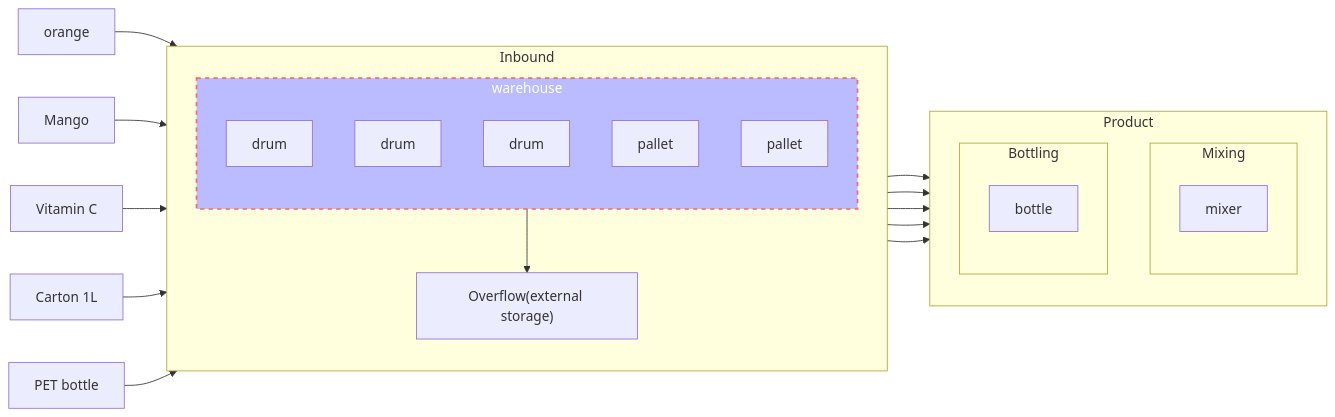
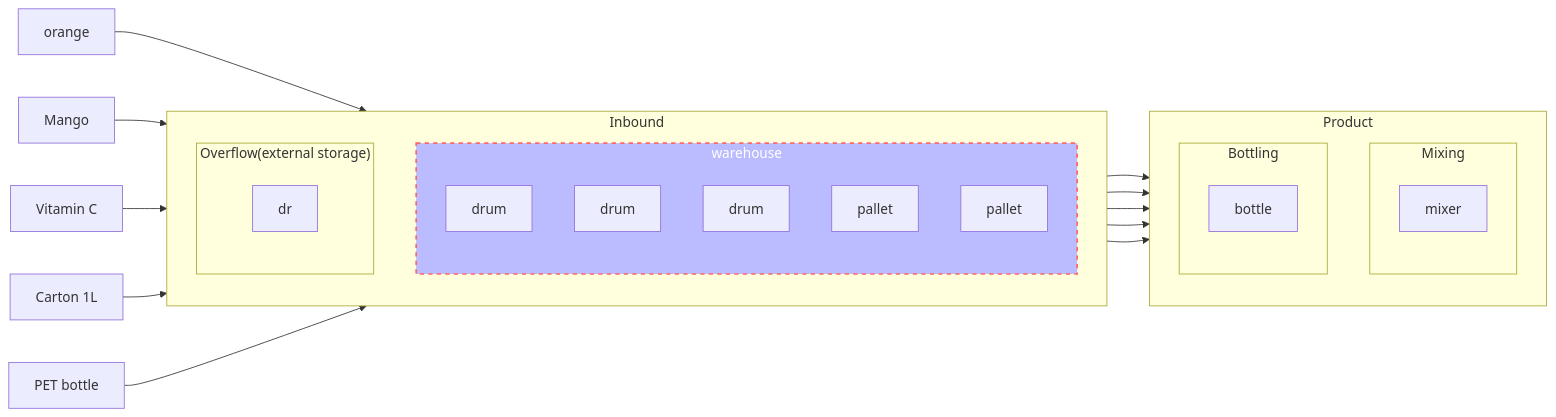
The second of 2 diagrams in _posts/2024-05-01-TFC-round-3.md (moonIsMyFriend/basicConcept.github.io), drawn with Mermaid before and after one commit.

Commit message:
tfc3tfc3

```diff
--- a/_posts/2024-05-01-TFC-round-3.md
+++ b/_posts/2024-05-01-TFC-round-3.md
@@ -22,44 +22,49 @@
  <pre class="mermaid">
     flowchart LR
       subgraph Inbound
         direction TB
         subgraph iw[warehouse]
           direction TB
           i[drum]
           i2[drum]
           i3[drum3]
           i4[pallet]
           i5[pallet]
         end
-        iw[warehouse] --> ex["Overflow(external storage)"]
+        
+        subgraph "Overflow(external storage)"
+          direction TB
+          dr
+
+        end
       end
 
       orange --> i[drum] --> m[mixer]
       Mango --> i2[drum] --> m[mixer]
       vc[Vitamin C] -->  i3[drum] --> m[mixer]
       cl[Carton 1L] --> i4[pallet] --> b[bottle]
       pb[PET bottle] --> i5[pallet] --> b[bottle]
 
       subgraph Product
         direction TB
         subgraph mb[Mixing]
           direction TB
           m[mixer]
         end
 
         subgraph bb[Bottling]
           direction TB
           b[bottle]
         end
       end
 
 
       %%i4[pallet] --> m[mixer]
       %%i5[pallet] --> b[bottle]
 
 
       style iw fill:#bbf,stroke:#f66,stroke-width:2px,color:#fff,stroke-dasharray: 5 5
 
 
 
 </pre>
```
